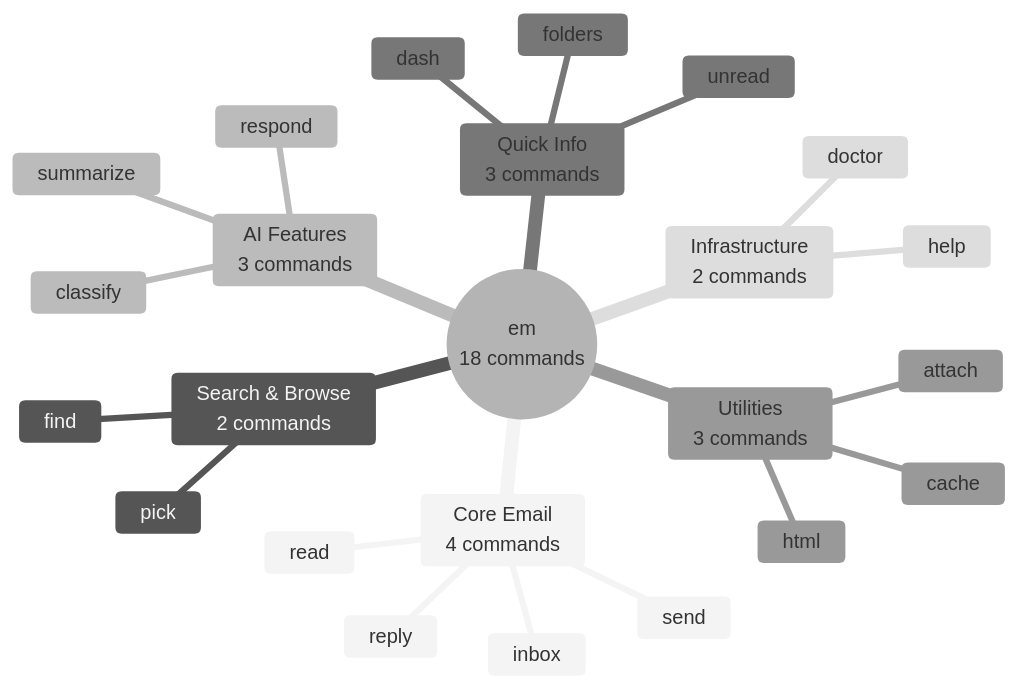
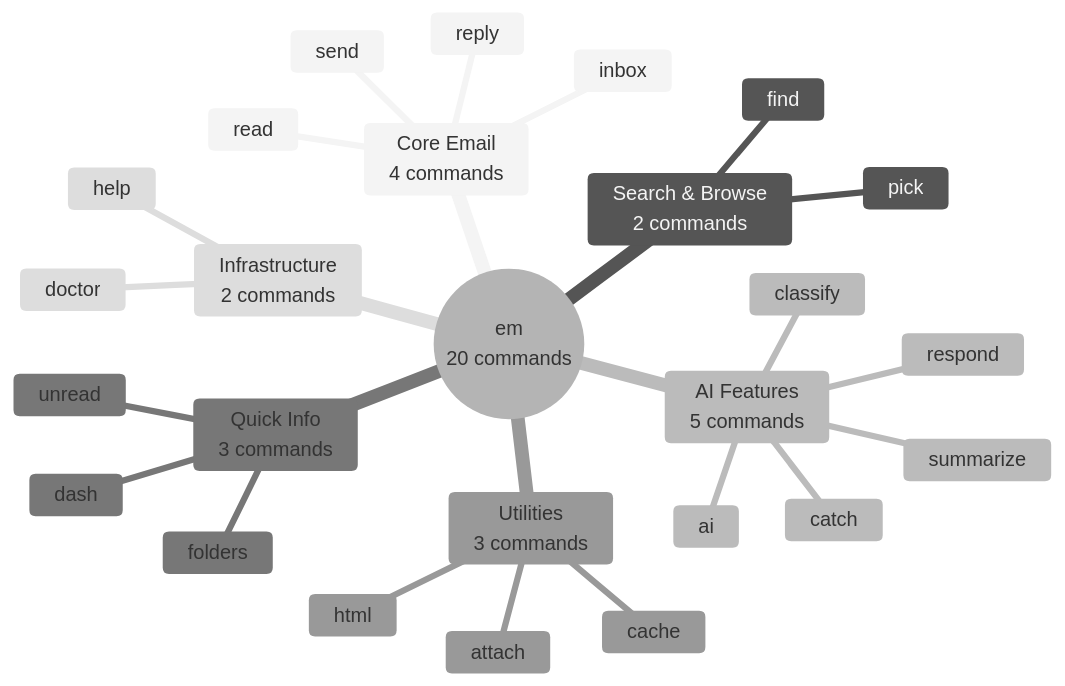
One commit to Data-Wise/flow-cli changed the first of 2 diagrams in docs/reference/REFCARD-EMAIL-DISPATCHER.md. Above: the diagram before and after it, drawn with Mermaid (neutral theme). The commit also changed other lines of this file and 2 other files, not shown here.

Commit message:
docs: update email dispatcher guide, tutorial, and refcard for em ai + em catch

````diff
--- a/docs/reference/REFCARD-EMAIL-DISPATCHER.md
+++ b/docs/reference/REFCARD-EMAIL-DISPATCHER.md
@@ -9,27 +9,29 @@
 ```mermaid
 mindmap
-  root((em<br/>18 commands))
+  root((em<br/>20 commands))
     Core Email<br/>4 commands
       inbox
       read
       send
       reply
     Search & Browse<br/>2 commands
       find
       pick
-    AI Features<br/>3 commands
+    AI Features<br/>5 commands
       respond
       classify
       summarize
+      ai
+      catch
     Quick Info<br/>3 commands
       unread
       dash
       folders
     Utilities<br/>3 commands
       attach
       html
       cache
     Infrastructure<br/>2 commands
       doctor
       help
 ```
````
